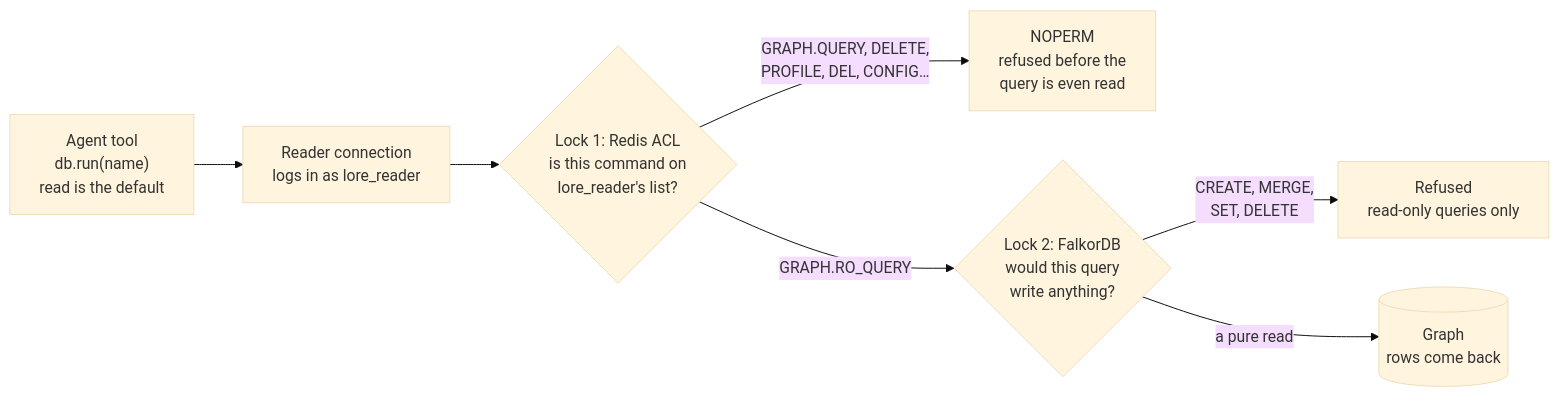
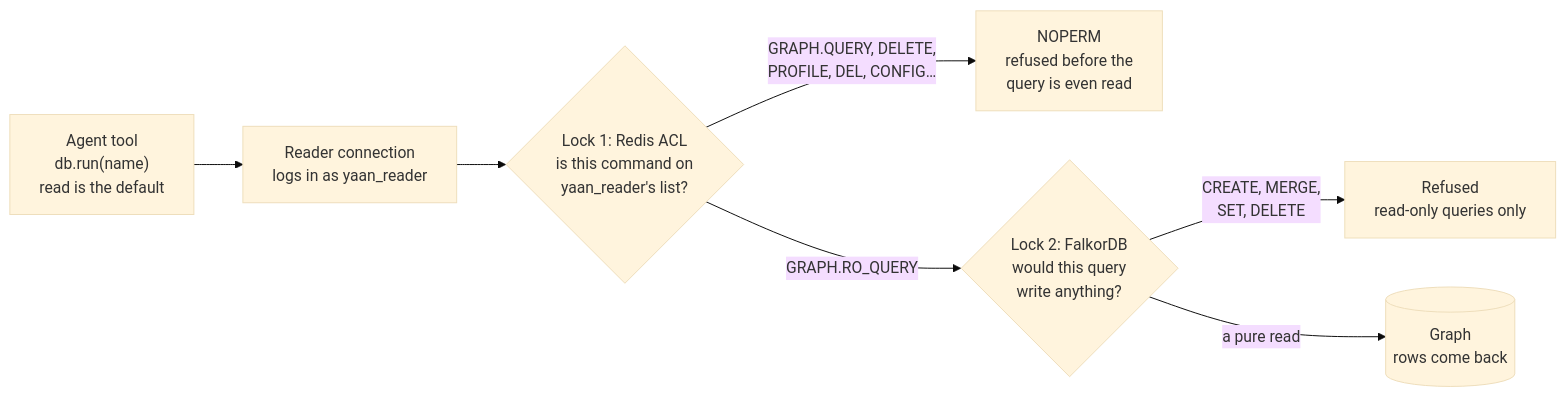
Before and after one commit to t-maypat/yaan: the diagram in docs/diagrams/two-locks.mmd, drawn with Mermaid (base theme). The commit also changed 204 other files, not shown here.

First line of the commit message:
Phase 22.10: Lore's remaining names become Yaan's; old names still read

```diff
--- a/docs/diagrams/two-locks.mmd
+++ b/docs/diagrams/two-locks.mmd
@@ -1,8 +1,8 @@
 %% Why the agent can't change the graph: two independent locks (Phase 1.3 + 1.4, D016, D018, A12).
 flowchart LR
-  A["Agent tool<br/>db.run(name)<br/>read is the default"]:::code --> U["Reader connection<br/>logs in as lore_reader"]:::code
-  U --> L1{"Lock 1: Redis ACL<br/>is this command on<br/>lore_reader's list?"}:::guard
+  A["Agent tool<br/>db.run(name)<br/>read is the default"]:::code --> U["Reader connection<br/>logs in as yaan_reader"]:::code
+  U --> L1{"Lock 1: Redis ACL<br/>is this command on<br/>yaan_reader's list?"}:::guard
   L1 -- "GRAPH.QUERY, DELETE,<br/>PROFILE, DEL, CONFIG…" --> N1["NOPERM<br/>refused before the<br/>query is even read"]:::guard
   L1 -- "GRAPH.RO_QUERY" --> L2{"Lock 2: FalkorDB<br/>would this query<br/>write anything?"}:::guard
   L2 -- "CREATE, MERGE,<br/>SET, DELETE" --> N2["Refused<br/>read-only queries only"]:::guard
   L2 -- "a pure read" --> G[("Graph<br/>rows come back")]:::store
```
